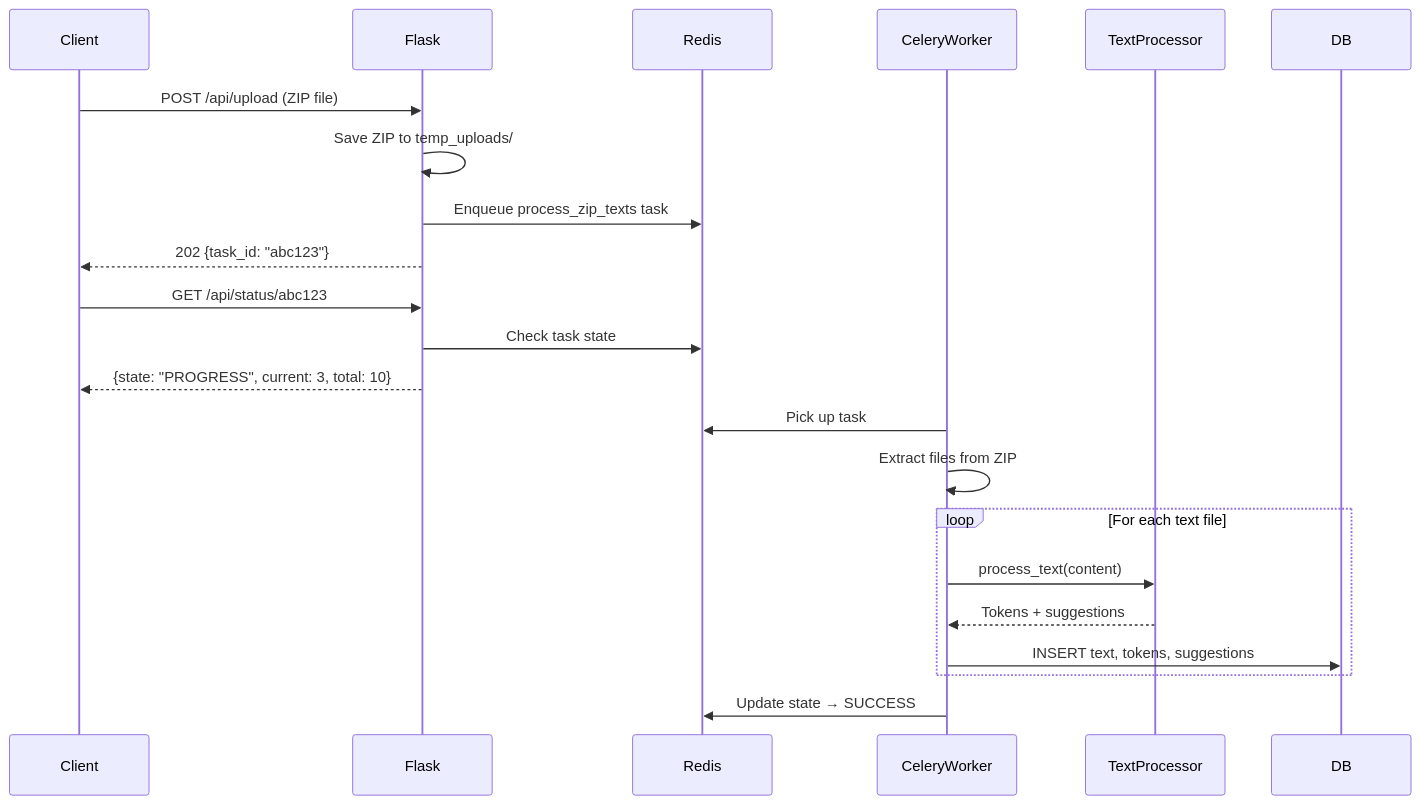
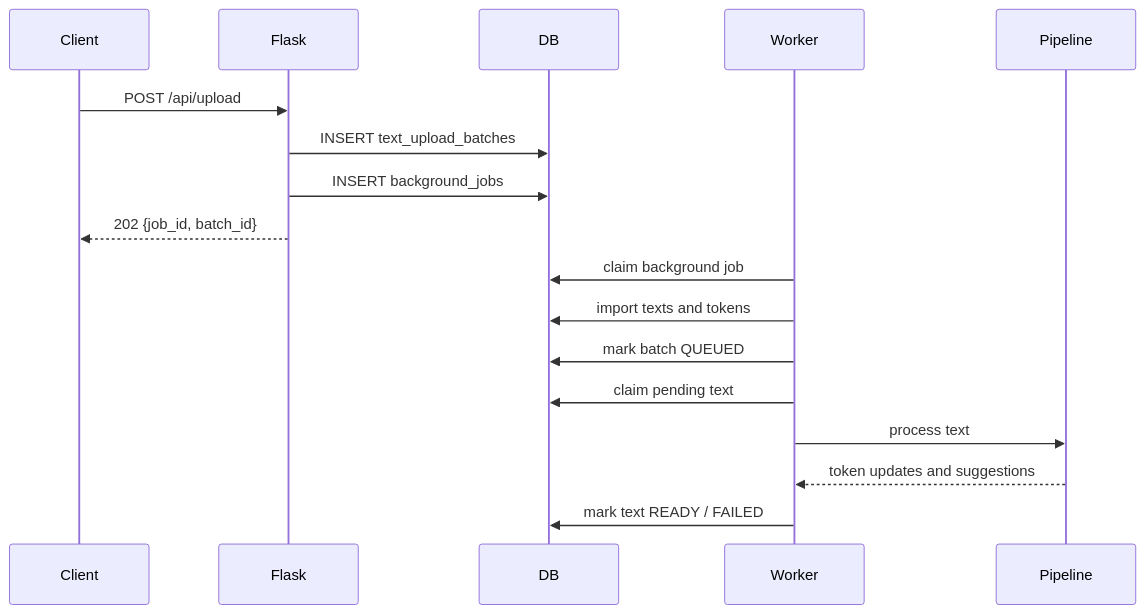
Before and after one commit to jhssilv/corcel-platform: the third of 3 diagrams in api/docs/architecture.md, drawn with Mermaid. The commit also changed other lines of this file and 9 other files, not shown here.

````diff
--- a/api/docs/architecture.md
+++ b/api/docs/architecture.md
@@ -251,27 +166,22 @@
 ```mermaid
 sequenceDiagram
     participant Client
     participant Flask
-    participant Redis
-    participant CeleryWorker
-    participant NLP as TextProcessor
     participant DB
+    participant Worker
+    participant Pipeline
 
-    Client->>Flask: POST /api/upload (ZIP file)
-    Flask->>Flask: Save ZIP to temp_uploads/
-    Flask->>Redis: Enqueue process_zip_texts task
-    Flask-->>Client: 202 {task_id: "abc123"}
+    Client->>Flask: POST /api/upload
+    Flask->>DB: INSERT text_upload_batches
+    Flask->>DB: INSERT background_jobs
+    Flask-->>Client: 202 {job_id, batch_id}
 
-    Client->>Flask: GET /api/status/abc123
-    Flask->>Redis: Check task state
-    Flask-->>Client: {state: "PROGRESS", current: 3, total: 10}
+    Worker->>DB: claim background job
+    Worker->>DB: import texts and tokens
+    Worker->>DB: mark batch QUEUED
 
-    CeleryWorker->>Redis: Pick up task
-    CeleryWorker->>CeleryWorker: Extract files from ZIP
-    loop For each text file
-        CeleryWorker->>NLP: process_text(content)
-        NLP-->>CeleryWorker: Tokens + suggestions
-        CeleryWorker->>DB: INSERT text, tokens, suggestions
-    end
-    CeleryWorker->>Redis: Update state → SUCCESS
+    Worker->>DB: claim pending text
+    Worker->>Pipeline: process text
+    Pipeline-->>Worker: token updates and suggestions
+    Worker->>DB: mark text READY / FAILED
 ```
````
